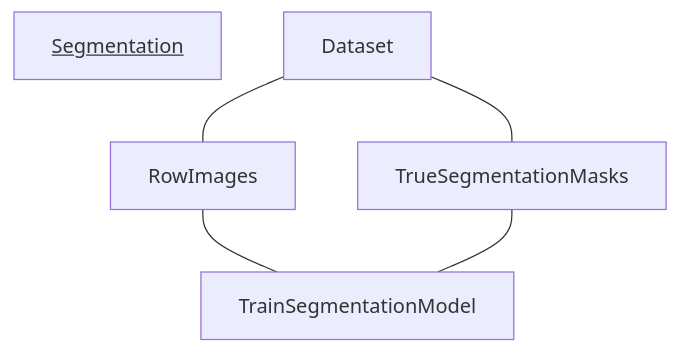
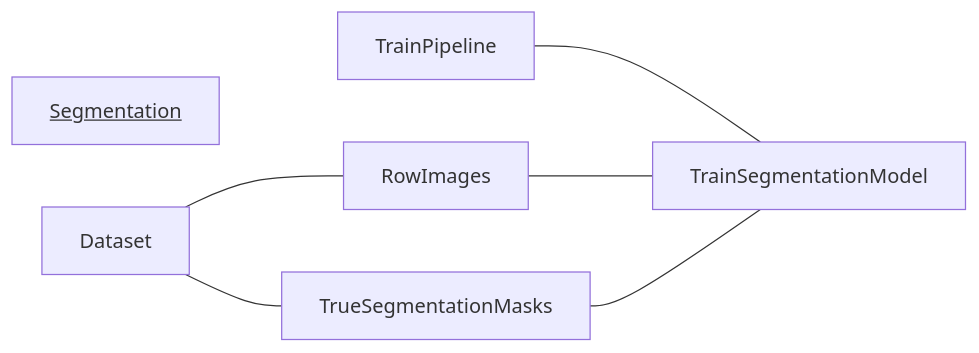
Before and after one commit to RepnikovPavel/FurnitureDetection: the second of 4 diagrams in ReadMe.md, drawn with Mermaid. The commit also changed other lines of this file, not shown here.

````diff
--- a/ReadMe.md
+++ b/ReadMe.md
@@ -57,8 +57,9 @@
 ```mermaid
-graph TD
+graph LR
 title[<u>Segmentation</u>]
 Dataset --- RowImages
 Dataset --- TrueSegmentationMasks
+TrainPipeline --- TrainSegmentationModel
 RowImages --- TrainSegmentationModel
 TrueSegmentationMasks --- TrainSegmentationModel
 ```
````
